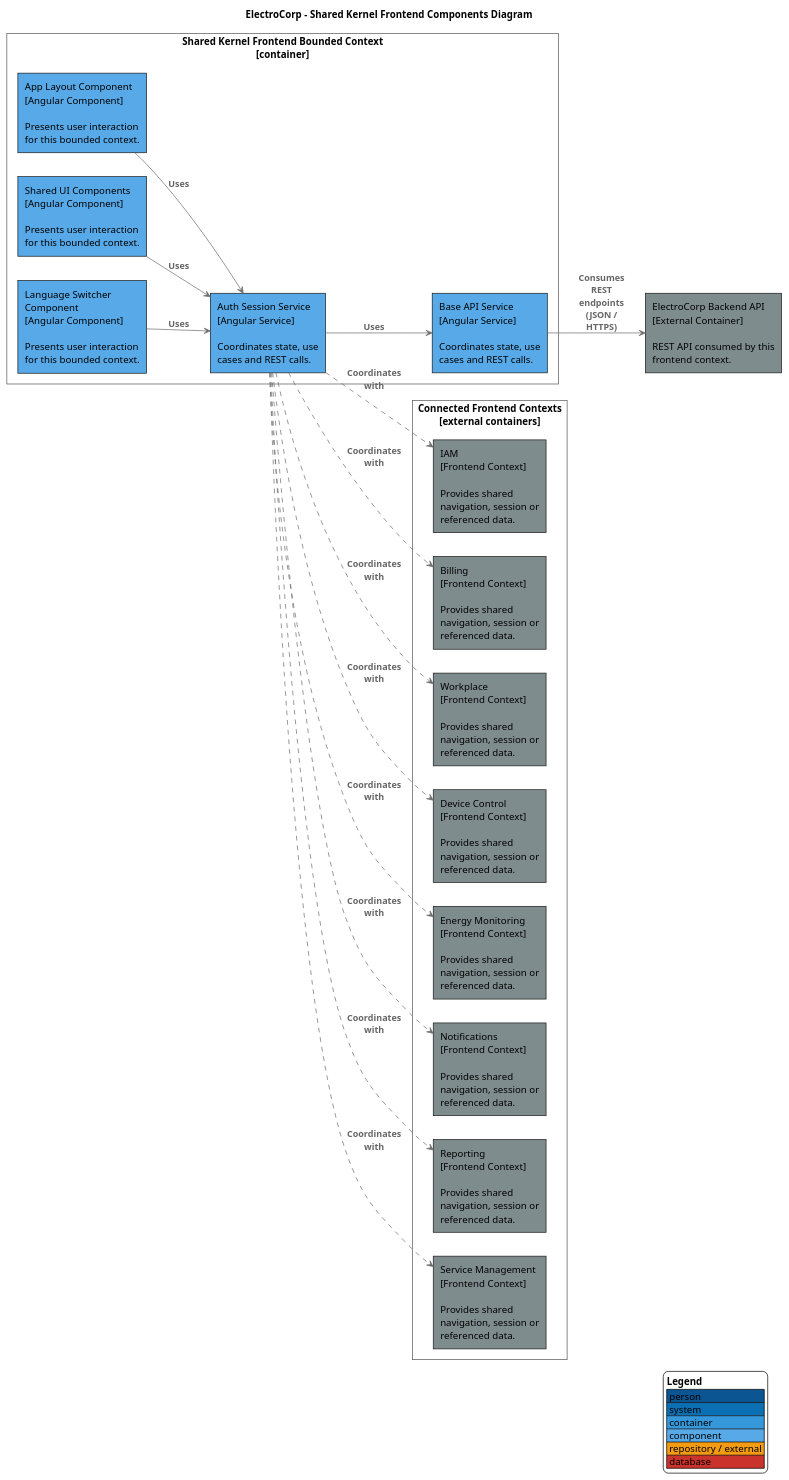
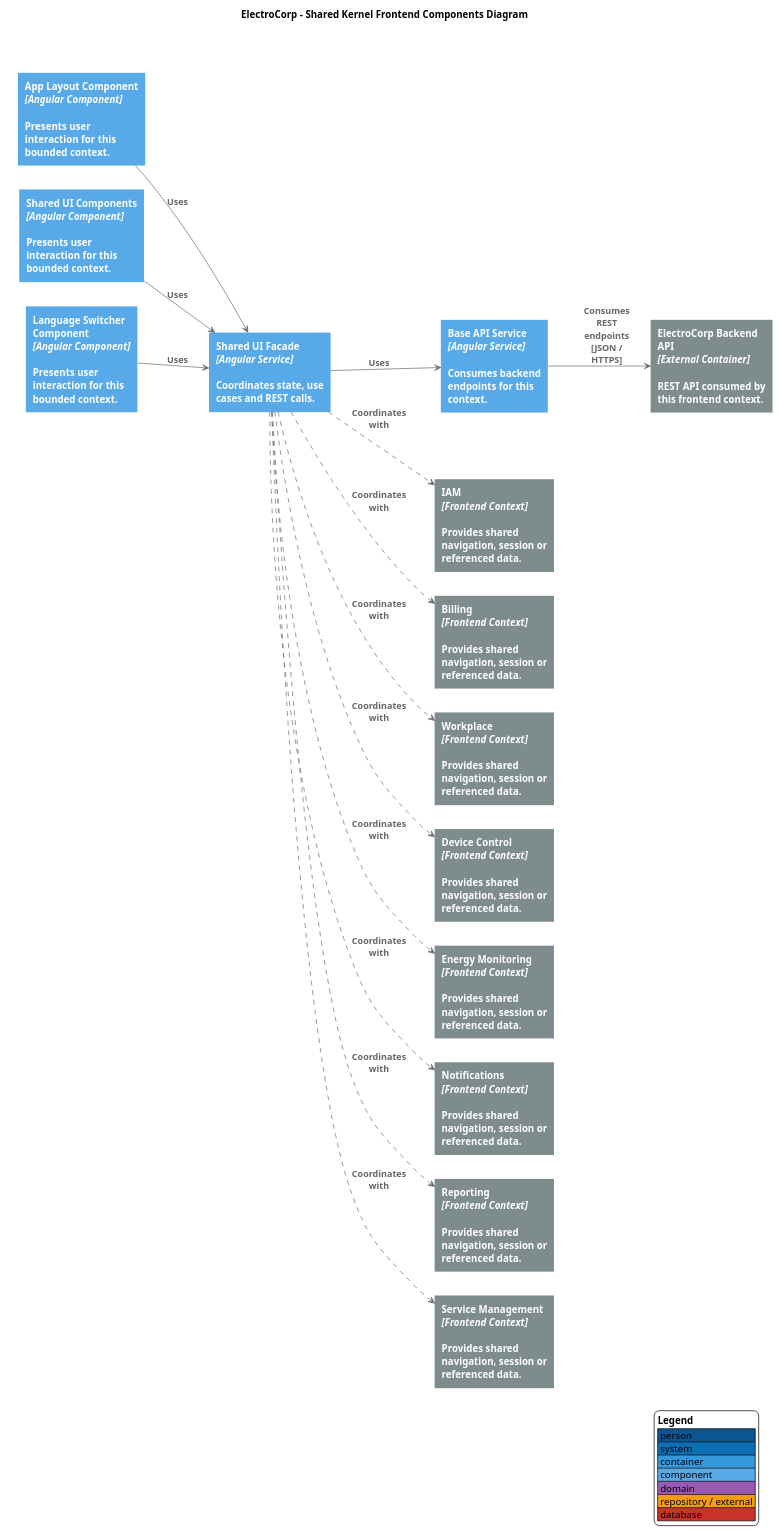
One commit to upc-pre-202610-1asi0729-11896-ecorp/electrocorp-report changed the diagram in docs/diagrams/components/frontend/bounded-contexts/shared-kernel-frontend-components.puml. Above: the diagram before and after it, drawn with PlantUML. The commit also changed 22 other files, not shown here.

Commit message:
style(docs): redesign c4 diagrams with visual ui layout

```diff
--- a/docs/diagrams/components/frontend/bounded-contexts/shared-kernel-frontend-components.puml
+++ b/docs/diagrams/components/frontend/bounded-contexts/shared-kernel-frontend-components.puml
@@ -1,65 +1,67 @@
 @startuml
 skinparam backgroundColor #FFFFFF
 skinparam shadowing false
 skinparam defaultFontName Arial
-skinparam wrapWidth 180
+skinparam wrapWidth 170
 skinparam maxMessageSize 90
 skinparam ArrowColor #6B6B6B
 skinparam ArrowFontColor #666666
 skinparam ArrowFontStyle bold
 skinparam rectangleRoundCorner 0
-skinparam rectangleBorderThickness 1
+skinparam rectangleBorderThickness 0
+skinparam rectangleFontColor #FFFFFF
+skinparam rectangleFontStyle bold
 skinparam packageStyle rectangle
 skinparam packageBorderColor #555555
 skinparam packageBackgroundColor transparent
 skinparam packageFontColor #444444
 skinparam packageFontStyle bold
 skinparam databaseBackgroundColor #C9332B
 skinparam databaseBorderColor #C9332B
 skinparam databaseFontColor #FFFFFF
 hide stereotype
 title ElectroCorp - Shared Kernel Frontend Components Diagram
 left to right direction
 
-
 package "Shared Kernel Frontend Bounded Context\n[container]" {
-  rectangle "App Layout Component\n[Angular Component]\n\nPresents user interaction for this bounded context." as F0 #58A9E8
-  rectangle "Shared UI Components\n[Angular Component]\n\nPresents user interaction for this bounded context." as F1 #58A9E8
-  rectangle "Language Switcher Component\n[Angular Component]\n\nPresents user interaction for this bounded context." as F2 #58A9E8
-  rectangle "Auth Session Service\n[Angular Service]\n\nCoordinates state, use cases and REST calls." as F3 #58A9E8
-  rectangle "Base API Service\n[Angular Service]\n\nCoordinates state, use cases and REST calls." as F4 #58A9E8
+  rectangle "<b>App Layout Component</b>\n<i>[Angular Component]</i>\n\nPresents user interaction for this bounded context." as P0 #58A9E8
+  rectangle "<b>Shared UI Components</b>\n<i>[Angular Component]</i>\n\nPresents user interaction for this bounded context." as P1 #58A9E8
+  rectangle "<b>Language Switcher Component</b>\n<i>[Angular Component]</i>\n\nPresents user interaction for this bounded context." as P2 #58A9E8
+  rectangle "<b>Shared UI Facade</b>\n<i>[Angular Service]</i>\n\nCoordinates state, use cases and REST calls." as Facade #58A9E8
+  rectangle "<b>Base API Service</b>\n<i>[Angular Service]</i>\n\nConsumes backend endpoints for this context." as Client #58A9E8
 }
-rectangle "ElectroCorp Backend API\n[External Container]\n\nREST API consumed by this frontend context." as Backend #7F8C8D
+rectangle "<b>ElectroCorp Backend API</b>\n<i>[External Container]</i>\n\nREST API consumed by this frontend context." as Backend #7F8C8D
 package "Connected Frontend Contexts\n[external containers]" {
-  rectangle "IAM\n[Frontend Context]\n\nProvides shared navigation, session or referenced data." as Dep0 #7F8C8D
-  rectangle "Billing\n[Frontend Context]\n\nProvides shared navigation, session or referenced data." as Dep1 #7F8C8D
-  rectangle "Workplace\n[Frontend Context]\n\nProvides shared navigation, session or referenced data." as Dep2 #7F8C8D
-  rectangle "Device Control\n[Frontend Context]\n\nProvides shared navigation, session or referenced data." as Dep3 #7F8C8D
-  rectangle "Energy Monitoring\n[Frontend Context]\n\nProvides shared navigation, session or referenced data." as Dep4 #7F8C8D
-  rectangle "Notifications\n[Frontend Context]\n\nProvides shared navigation, session or referenced data." as Dep5 #7F8C8D
-  rectangle "Reporting\n[Frontend Context]\n\nProvides shared navigation, session or referenced data." as Dep6 #7F8C8D
-  rectangle "Service Management\n[Frontend Context]\n\nProvides shared navigation, session or referenced data." as Dep7 #7F8C8D
+  rectangle "<b>IAM</b>\n<i>[Frontend Context]</i>\n\nProvides shared navigation, session or referenced data." as Dep0 #7F8C8D
+  rectangle "<b>Billing</b>\n<i>[Frontend Context]</i>\n\nProvides shared navigation, session or referenced data." as Dep1 #7F8C8D
+  rectangle "<b>Workplace</b>\n<i>[Frontend Context]</i>\n\nProvides shared navigation, session or referenced data." as Dep2 #7F8C8D
+  rectangle "<b>Device Control</b>\n<i>[Frontend Context]</i>\n\nProvides shared navigation, session or referenced data." as Dep3 #7F8C8D
+  rectangle "<b>Energy Monitoring</b>\n<i>[Frontend Context]</i>\n\nProvides shared navigation, session or referenced data." as Dep4 #7F8C8D
+  rectangle "<b>Notifications</b>\n<i>[Frontend Context]</i>\n\nProvides shared navigation, session or referenced data." as Dep5 #7F8C8D
+  rectangle "<b>Reporting</b>\n<i>[Frontend Context]</i>\n\nProvides shared navigation, session or referenced data." as Dep6 #7F8C8D
+  rectangle "<b>Service Management</b>\n<i>[Frontend Context]</i>\n\nProvides shared navigation, session or referenced data." as Dep7 #7F8C8D
 }
-F0 --> F3 : Uses
-F1 --> F3 : Uses
-F2 --> F3 : Uses
-F3 --> F4 : Uses
-F4 --> Backend : Consumes REST endpoints (JSON / HTTPS)
-F3 ..> Dep0 : Coordinates with
-F3 ..> Dep1 : Coordinates with
-F3 ..> Dep2 : Coordinates with
-F3 ..> Dep3 : Coordinates with
-F3 ..> Dep4 : Coordinates with
-F3 ..> Dep5 : Coordinates with
-F3 ..> Dep6 : Coordinates with
-F3 ..> Dep7 : Coordinates with
+P0 --> Facade : Uses
+P1 --> Facade : Uses
+P2 --> Facade : Uses
+Facade --> Client : Uses
+Client --> Backend : Consumes REST endpoints\n[JSON / HTTPS]
+Facade ..> Dep0 : Coordinates with
+Facade ..> Dep1 : Coordinates with
+Facade ..> Dep2 : Coordinates with
+Facade ..> Dep3 : Coordinates with
+Facade ..> Dep4 : Coordinates with
+Facade ..> Dep5 : Coordinates with
+Facade ..> Dep6 : Coordinates with
+Facade ..> Dep7 : Coordinates with
 legend right
   <b>Legend</b>
   |<#0B5593> person |
   |<#0B6FB3> system |
   |<#3498DB> container |
   |<#58A9E8> component |
+  |<#9B59B6> domain |
   |<#F39C12> repository / external |
   |<#C9332B> database |
 endlegend
 @enduml
```
